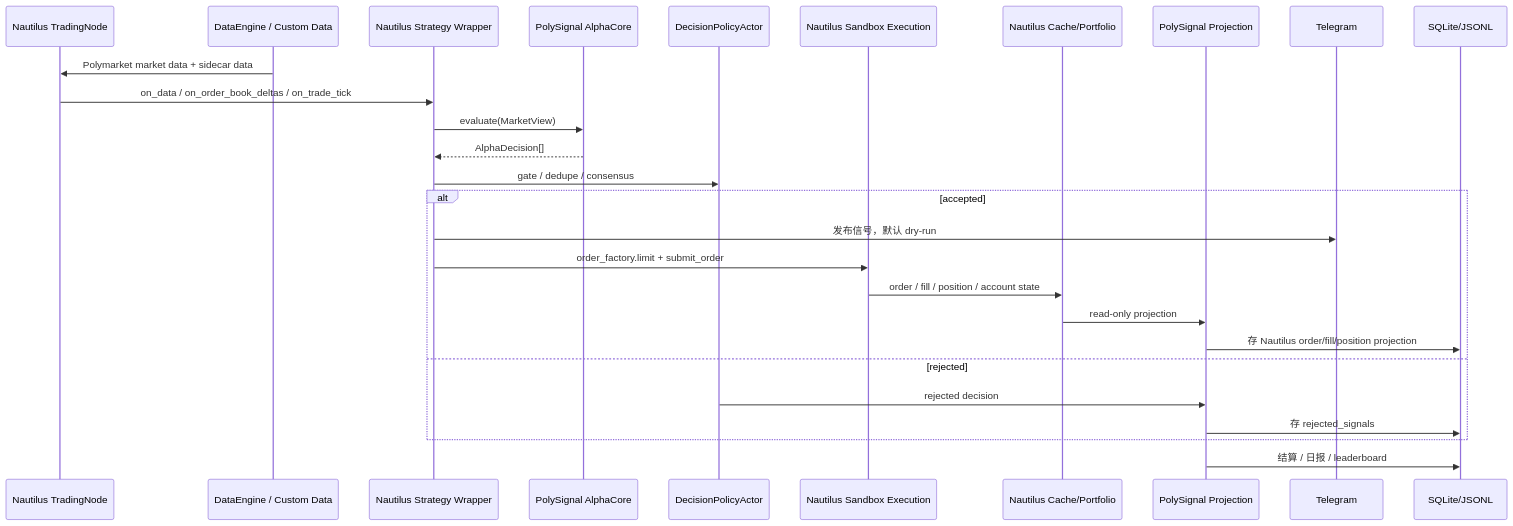
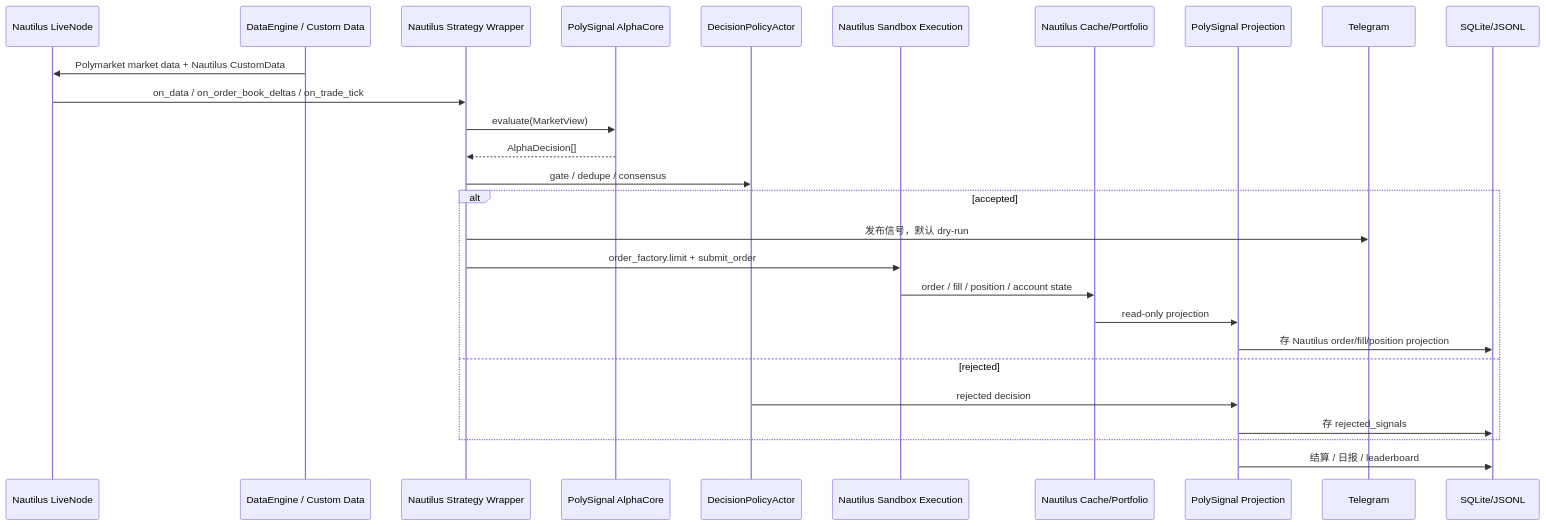
Before and after one commit to 6Kmfi6HP/polysignal-lab: the second of 7 diagrams in docs/PROJECT_ARCHITECTURE_VISUAL.md, drawn with Mermaid. The commit also changed other lines of this file and 5 other files, not shown here.

````diff
--- a/docs/PROJECT_ARCHITECTURE_VISUAL.md
+++ b/docs/PROJECT_ARCHITECTURE_VISUAL.md
@@ -41,32 +41,32 @@
 ```mermaid
 sequenceDiagram
-  participant N as Nautilus TradingNode
+  participant N as Nautilus LiveNode
   participant D as DataEngine / Custom Data
   participant Strat as Nautilus Strategy Wrapper
   participant Core as PolySignal AlphaCore
   participant Policy as DecisionPolicyActor
   participant Ex as Nautilus Sandbox Execution
   participant Cache as Nautilus Cache/Portfolio
   participant Proj as PolySignal Projection
   participant Tg as Telegram
   participant DB as SQLite/JSONL
 
-  D->>N: Polymarket market data + sidecar data
+  D->>N: Polymarket market data + Nautilus CustomData
   N->>Strat: on_data / on_order_book_deltas / on_trade_tick
   Strat->>Core: evaluate(MarketView)
   Core-->>Strat: AlphaDecision[]
   Strat->>Policy: gate / dedupe / consensus
 
   alt accepted
     Strat->>Tg: 发布信号，默认 dry-run
     Strat->>Ex: order_factory.limit + submit_order
     Ex->>Cache: order / fill / position / account state
     Cache->>Proj: read-only projection
     Proj->>DB: 存 Nautilus order/fill/position projection
   else rejected
     Policy->>Proj: rejected decision
     Proj->>DB: 存 rejected_signals
   end
 
   Proj->>DB: 结算 / 日报 / leaderboard
 ```
````
